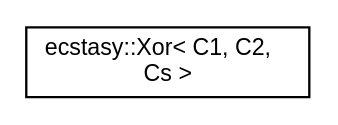
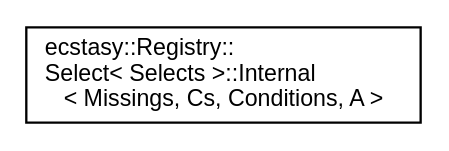
One commit to AndreasLrx/ecstasy changed the diagram in inherit_graph_60.dot. Above: the diagram before and after it, drawn with Graphviz. The commit also changed 445 other files, not shown here.

```diff
--- a/inherit_graph_60.dot
+++ b/inherit_graph_60.dot
@@ -1,8 +1,8 @@
 digraph "Graphical Class Hierarchy"
 {
  // LATEX_PDF_SIZE
   edge [fontname="Helvetica",fontsize="10",labelfontname="Helvetica",labelfontsize="10"];
   node [fontname="Helvetica",fontsize="10",shape=record];
   rankdir="LR";
-  Node0 [label="ecstasy::Xor\< C1, C2,\l Cs \>",height=0.2,width=0.4,color="black", fillcolor="white", style="filled",URL="$structecstasy_1_1_xor.html",tooltip="Placeholder for ecstasy::query::modifier::Xor."];
+  Node0 [label="ecstasy::Registry::\lSelect\< Selects \>::Internal\l\< Missings, Cs, Conditions, A \>",height=0.2,width=0.4,color="black", fillcolor="white", style="filled",URL="$structecstasy_1_1_registry_1_1_select_1_1_internal.html",tooltip="Internal structure allowing to add implicitly required queryables (from the selected types)."];
 }
```
